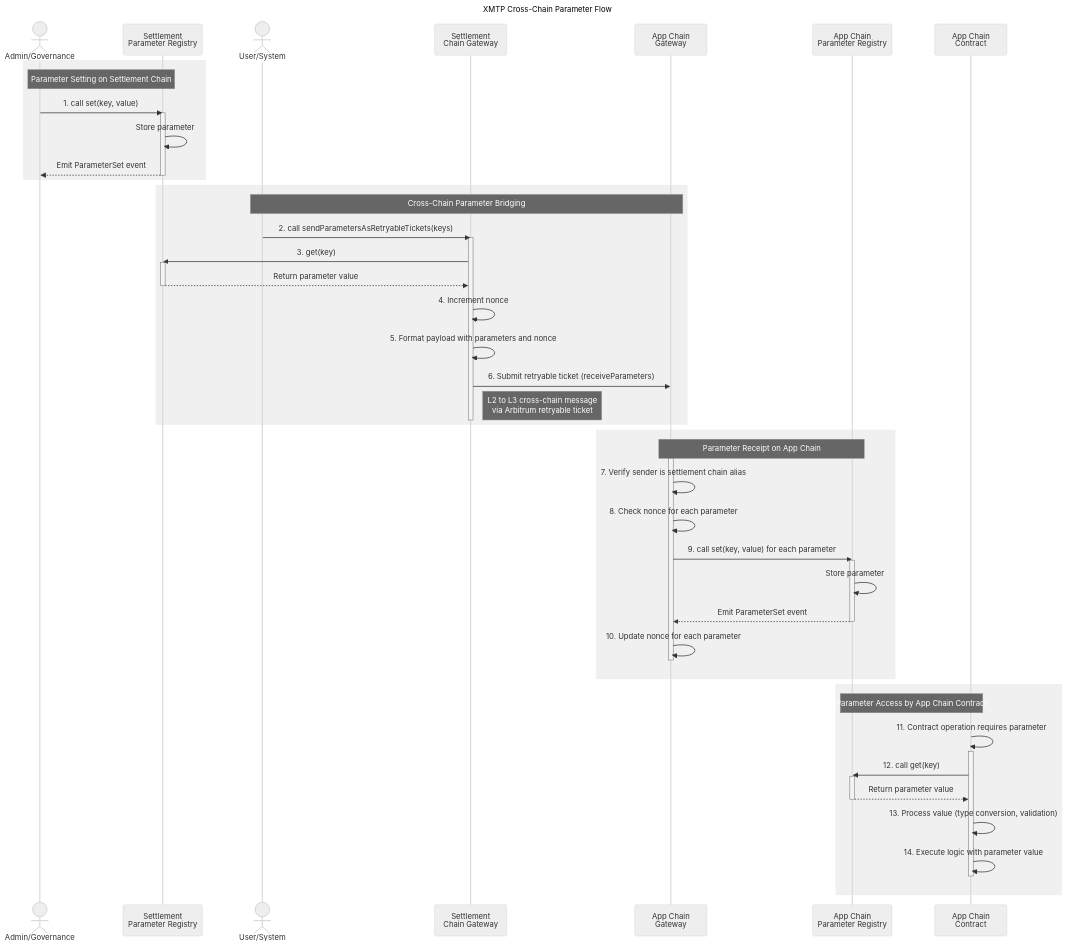
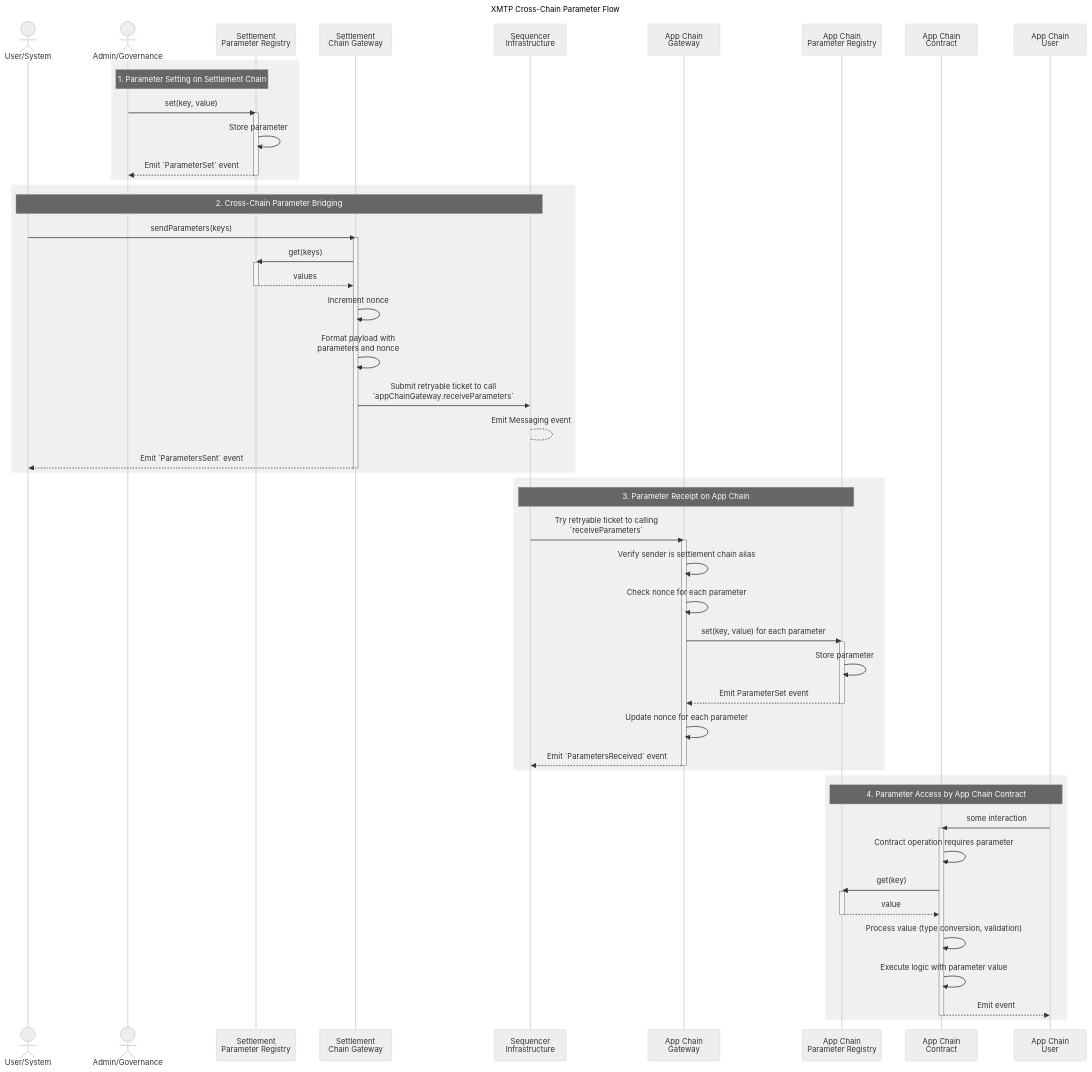
One commit to xmtp/smart-contracts changed the second of 2 diagrams in doc/parameter-flow.md. Above: the diagram before and after it, drawn with Mermaid (neutral theme). The commit also changed other lines of this file and 1 other file, not shown here.

Commit message:
doc: Parameter bridging flow

````diff
--- a/doc/parameter-flow.md
+++ b/doc/parameter-flow.md
@@ -67,63 +89,78 @@
 ```mermaid
 sequenceDiagram
     title XMTP Cross-Chain Parameter Flow
 
+    actor SCU as User/System
     actor Admin as Admin/Governance
     participant SPR as Settlement<br>Parameter Registry
-    actor User as User/System
     participant SCG as Settlement<br>Chain Gateway
+    participant SI as Sequencer<br>Infrastructure
     participant ACG as App Chain<br>Gateway
     participant APR as App Chain<br>Parameter Registry
     participant ACC as App Chain<br>Contract
+    participant ACU as App Chain<br>User
 
     rect rgb(240, 240, 240)
-    Note over Admin, SPR: Parameter Setting on Settlement Chain
-    Admin->>SPR: 1. call set(key, value)
+    Note over Admin, SPR: 1. Parameter Setting on Settlement Chain
+    Admin->>SPR: set(key, value)
+
     activate SPR
-    SPR->>SPR: Store parameter
-    SPR-->>Admin: Emit ParameterSet event
+    SPR ->> SPR: Store parameter
+    SPR -->> Admin: Emit `ParameterSet` event
     deactivate SPR
     end
 
     rect rgb(240, 240, 240)
-    Note over User, ACG: Cross-Chain Parameter Bridging
-    User->>SCG: 2. call sendParametersAsRetryableTickets(keys)
+    Note over SCU, SI: 2. Cross-Chain Parameter Bridging
+    SCU ->> SCG: sendParameters(keys)
+
     activate SCG
-    SCG->>SPR: 3. get(key)
+    SCG ->> SPR: get(keys)
+
     activate SPR
-    SPR-->>SCG: Return parameter value
+    SPR -->> SCG: values
     deactivate SPR
-    SCG->>SCG: 4. Increment nonce
-    SCG->>SCG: 5. Format payload with parameters and nonce
-    SCG->>ACG: 6. Submit retryable ticket (receiveParameters)
-    Note right of SCG: L2 to L3 cross-chain message<br>via Arbitrum retryable ticket
+
+    SCG ->> SCG: Increment nonce
+    SCG ->> SCG: Format payload with<br>parameters and nonce
+    SCG ->> SI: Submit retryable ticket to call<br>`appChainGateway.receiveParameters`
+    SI --> SI: Emit Messaging event
+    SCG -->> SCU: Emit `ParametersSent` event
     deactivate SCG
     end
 
     rect rgb(240, 240, 240)
-    Note over ACG, APR: Parameter Receipt on App Chain
+    Note over SI, APR: 3. Parameter Receipt on App Chain
+    SI ->> ACG: Try retryable ticket to calling<br>`receiveParameters`
+
     activate ACG
-    ACG->>ACG: 7. Verify sender is settlement chain alias
-    ACG->>ACG: 8. Check nonce for each parameter
-    ACG->>APR: 9. call set(key, value) for each parameter
+    ACG ->> ACG: Verify sender is settlement chain alias
+    ACG ->> ACG: Check nonce for each parameter
+    ACG ->> APR: set(key, value) for each parameter
+
     activate APR
-    APR->>APR: Store parameter
-    APR-->>ACG: Emit ParameterSet event
+    APR ->> APR: Store parameter
+    APR -->> ACG: Emit ParameterSet event
     deactivate APR
-    ACG->>ACG: 10. Update nonce for each parameter
+
+    ACG ->> ACG: Update nonce for each parameter
+    ACG -->> SI: Emit `ParametersReceived` event
     deactivate ACG
+
     end
 
     rect rgb(240, 240, 240)
-    Note over ACC, APR: Parameter Access by App Chain Contract
-    ACC->>ACC: 11. Contract operation requires parameter
+    Note over APR, ACU: 4. Parameter Access by App Chain Contract
+    ACU ->> ACC: some interaction
     activate ACC
-    ACC->>APR: 12. call get(key)
+    ACC ->> ACC: Contract operation requires parameter
+    ACC ->> APR: get(key)
     activate APR
-    APR-->>ACC: Return parameter value
+    APR -->> ACC: value
     deactivate APR
-    ACC->>ACC: 13. Process value (type conversion, validation)
-    ACC->>ACC: 14. Execute logic with parameter value
+    ACC ->> ACC: Process value (type conversion, validation)
+    ACC ->> ACC: Execute logic with parameter value
+    ACC -->> ACU: Emit event
     deactivate ACC
     end
 ```
````
